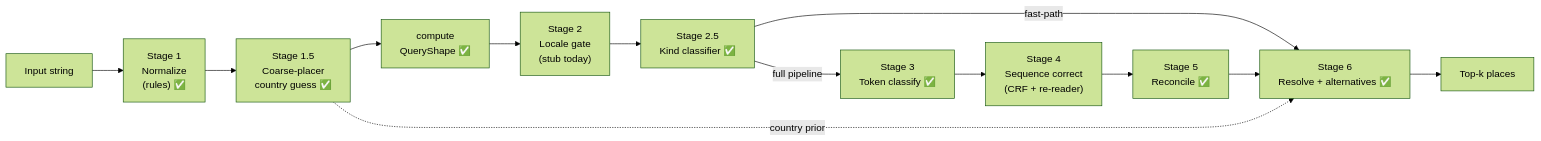
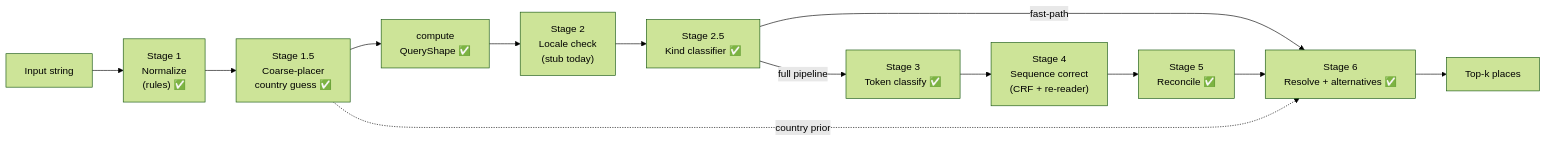
The diagram in docs/records/site-2026-08/understanding/our-approach/the-staged-pipeline.mdx (sister-software/mailwoman), drawn with Mermaid (forest theme) before and after one commit. The commit also changed other lines of this file and 5709 other files, not shown here.

````diff
--- a/docs/records/site-2026-08/understanding/our-approach/the-staged-pipeline.mdx
+++ b/docs/records/site-2026-08/understanding/our-approach/the-staged-pipeline.mdx
@@ -18,16 +18,16 @@
 ```mermaid
 flowchart LR
     I["Input string"]
     I --> S1["Stage 1<br>Normalize<br>(rules) ✅"]
     S1 --> CP["Stage 1.5<br>Coarse-placer<br>country guess ✅"]
     CP --> QS["compute<br>QueryShape ✅"]
-    QS --> S2["Stage 2<br>Locale gate<br>(stub today)"]
+    QS --> S2["Stage 2<br>Locale check<br>(stub today)"]
     S2 --> S25["Stage 2.5<br>Kind classifier ✅"]
     S25 -->|"fast-path"| S6
     S25 -->|"full pipeline"| S3["Stage 3<br>Token classify ✅"]
     S3 --> S4["Stage 4<br>Sequence correct<br>(CRF + re-reader)"]
     S4 --> S5["Stage 5<br>Reconcile ✅"]
     S5 --> S6["Stage 6<br>Resolve + alternatives ✅"]
     CP -.->|"country prior"| S6
     S6 --> O["Top-k places"]
 ```
````
